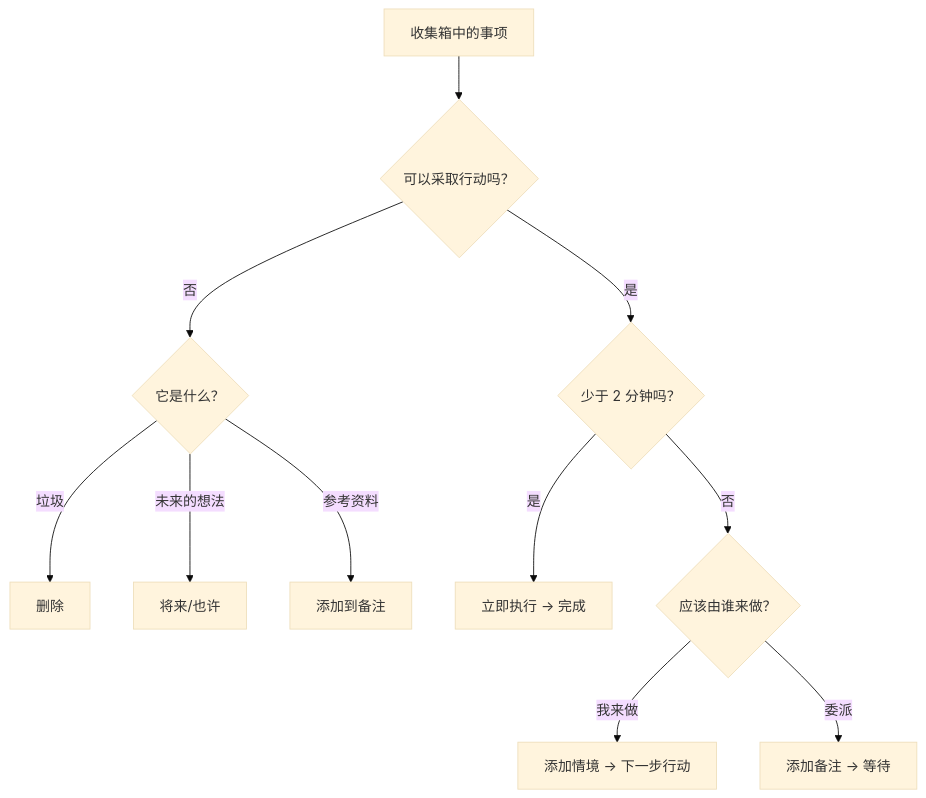
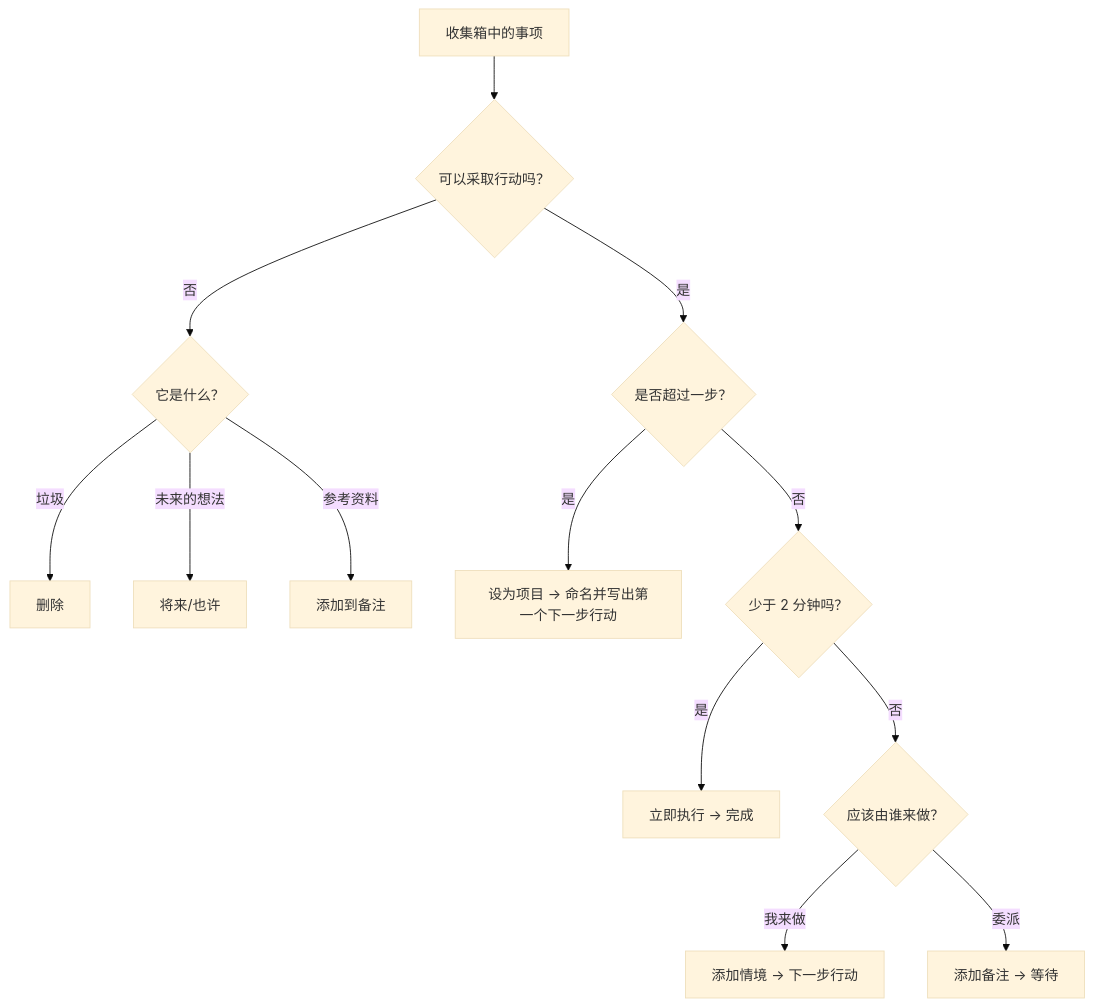
The diagram in docs/zh-Hans/use/gtd-workflow.md (dongdongbh/mindwtr-web), drawn with Mermaid (base theme) before and after one commit. The commit also changed other lines of this file and 5 other files, not shown here.

Commit message:
docs(gtd): show the multi-step project branch in the clarify flow and add a worked two-step example

````diff
--- a/docs/zh-Hans/use/gtd-workflow.md
+++ b/docs/zh-Hans/use/gtd-workflow.md
@@ -72,13 +72,15 @@
 ```mermaid
 flowchart TD
     A[收集箱中的事项] --> B{可以采取行动吗？}
     B -->|否| C{它是什么？}
     C -->|垃圾| D[删除]
     C -->|未来的想法| E[将来/也许]
     C -->|参考资料| F[添加到备注]
-    B -->|是| G{少于 2 分钟吗？}
+    B -->|是| P{是否超过一步？}
+    P -->|是| Q[设为项目 → 命名并写出第一个下一步行动]
+    P -->|否| G{少于 2 分钟吗？}
     G -->|是| H[立即执行 → 完成]
     G -->|否| I{应该由谁来做？}
     I -->|我来做| J[添加情境 → 下一步行动]
     I -->|委派| K[添加备注 → 等待]
 ```
````
